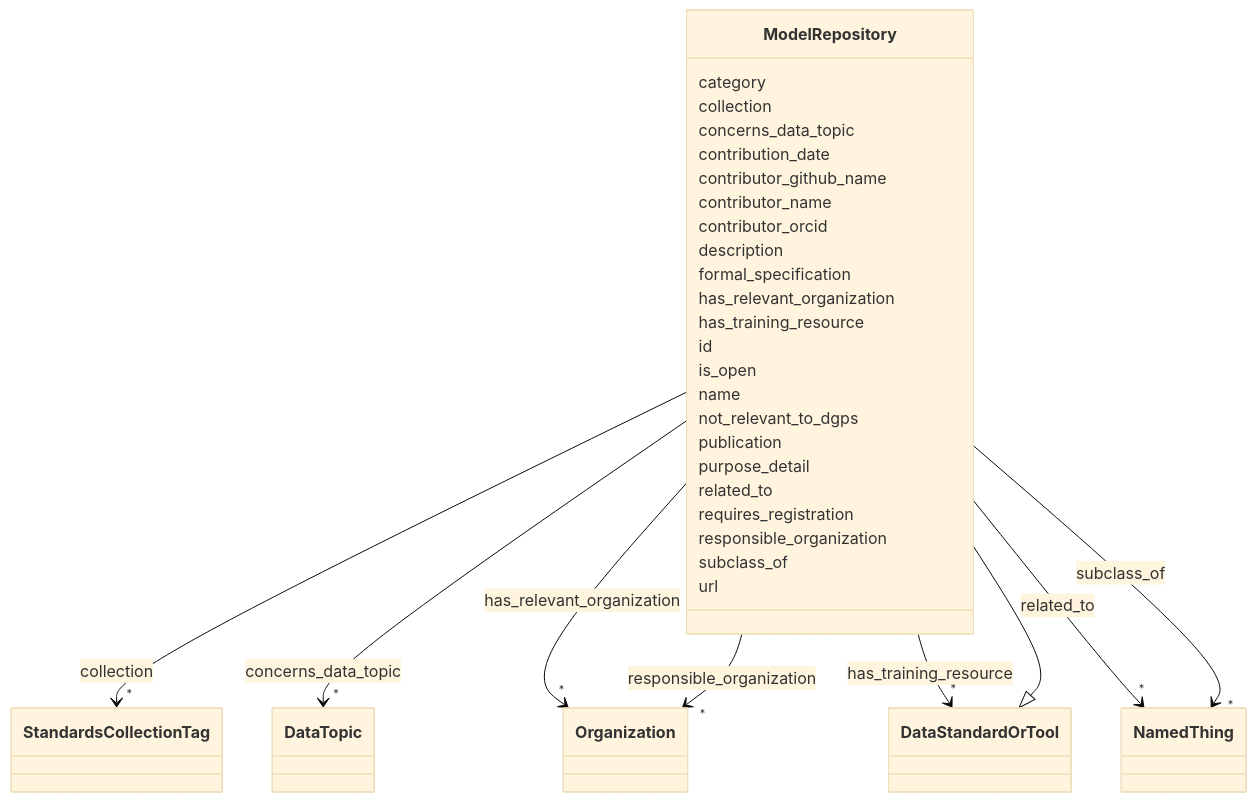
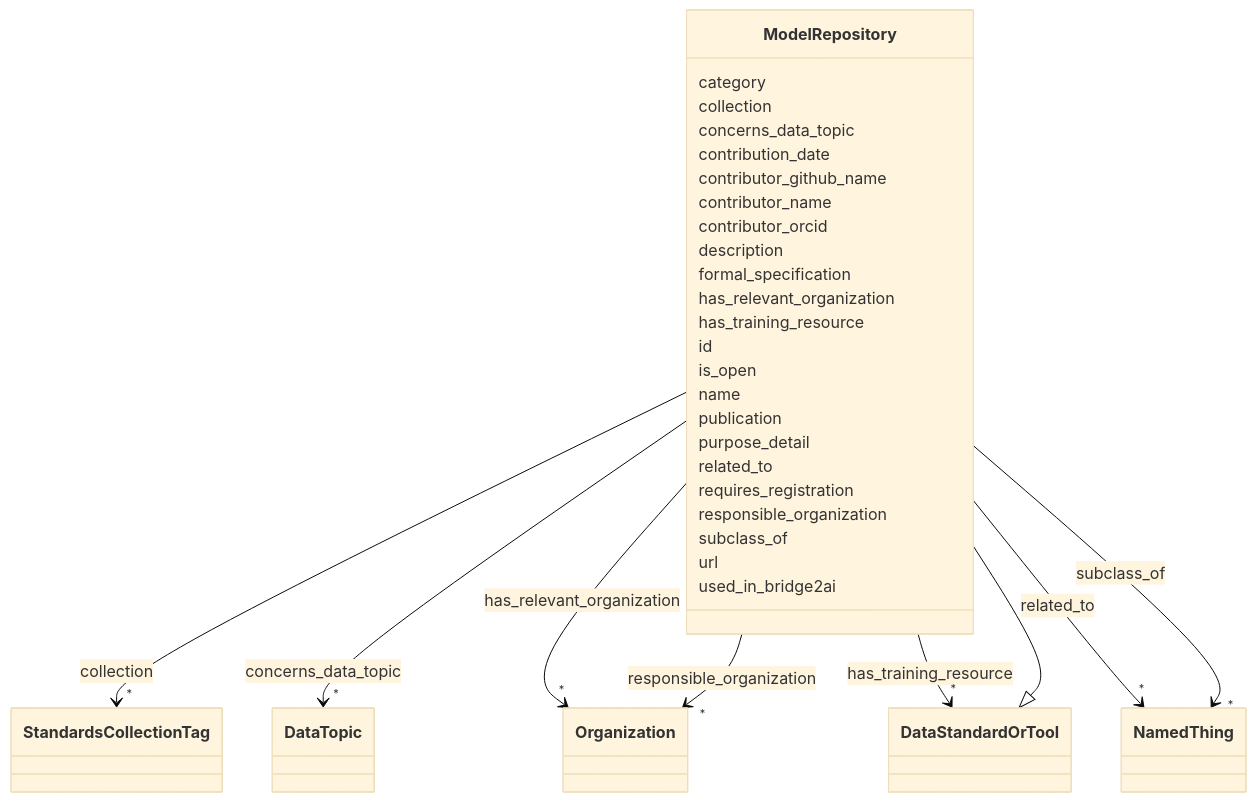
The diagram in docs/ModelRepository.md (bridge2ai/standards-schemas), drawn with Mermaid (base theme) before and after one commit. The commit also changed other lines of this file and 44 other files, not shown here.

````diff
--- a/docs/ModelRepository.md
+++ b/docs/ModelRepository.md
@@ -79,8 +79,6 @@
         
       ModelRepository : name
         
-      ModelRepository : not_relevant_to_dgps
-        
       ModelRepository : publication
         
       ModelRepository : purpose_detail
@@ -116,5 +114,7 @@
         
       ModelRepository : url
         
+      ModelRepository : used_in_bridge2ai
+        
       
 ```
````
